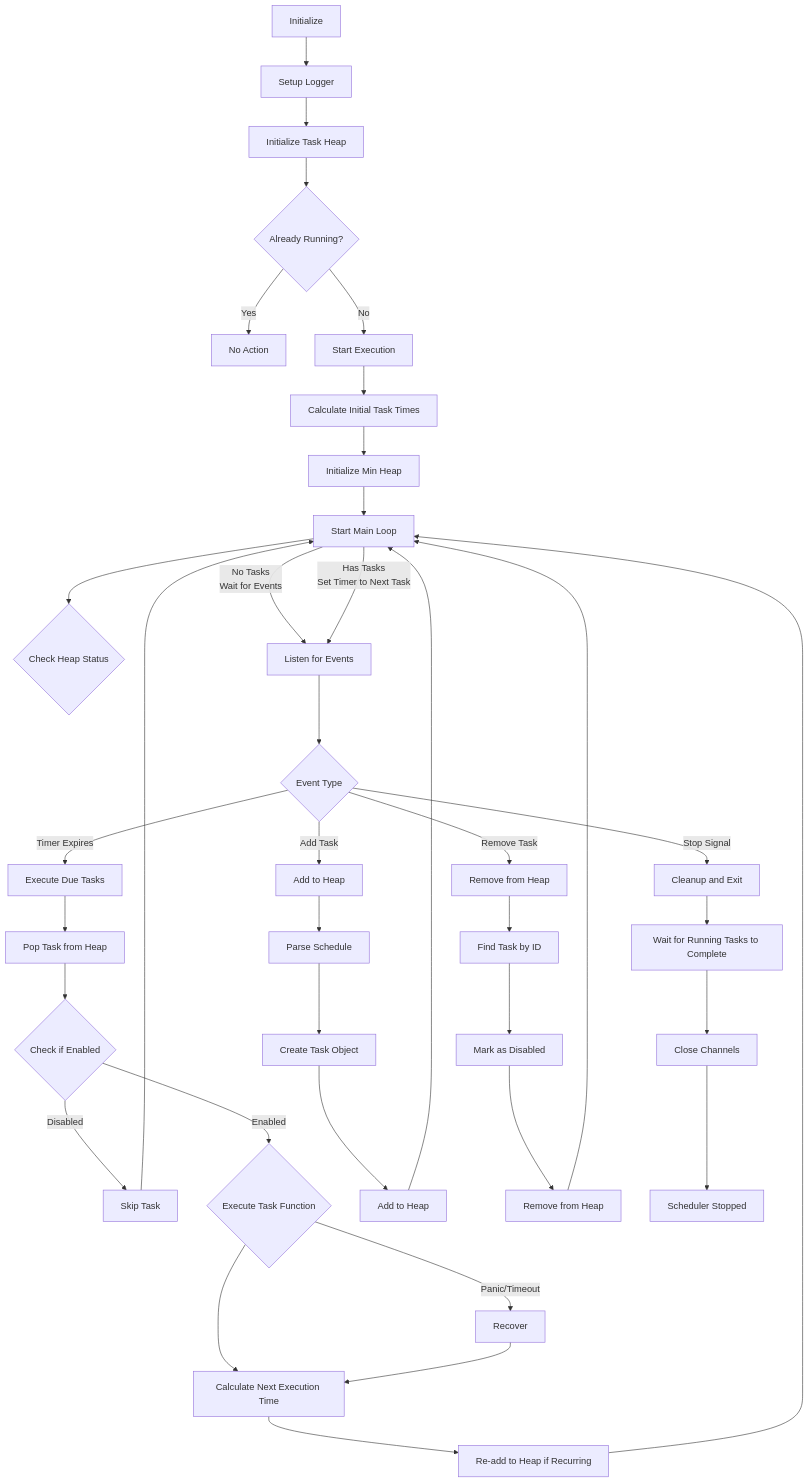
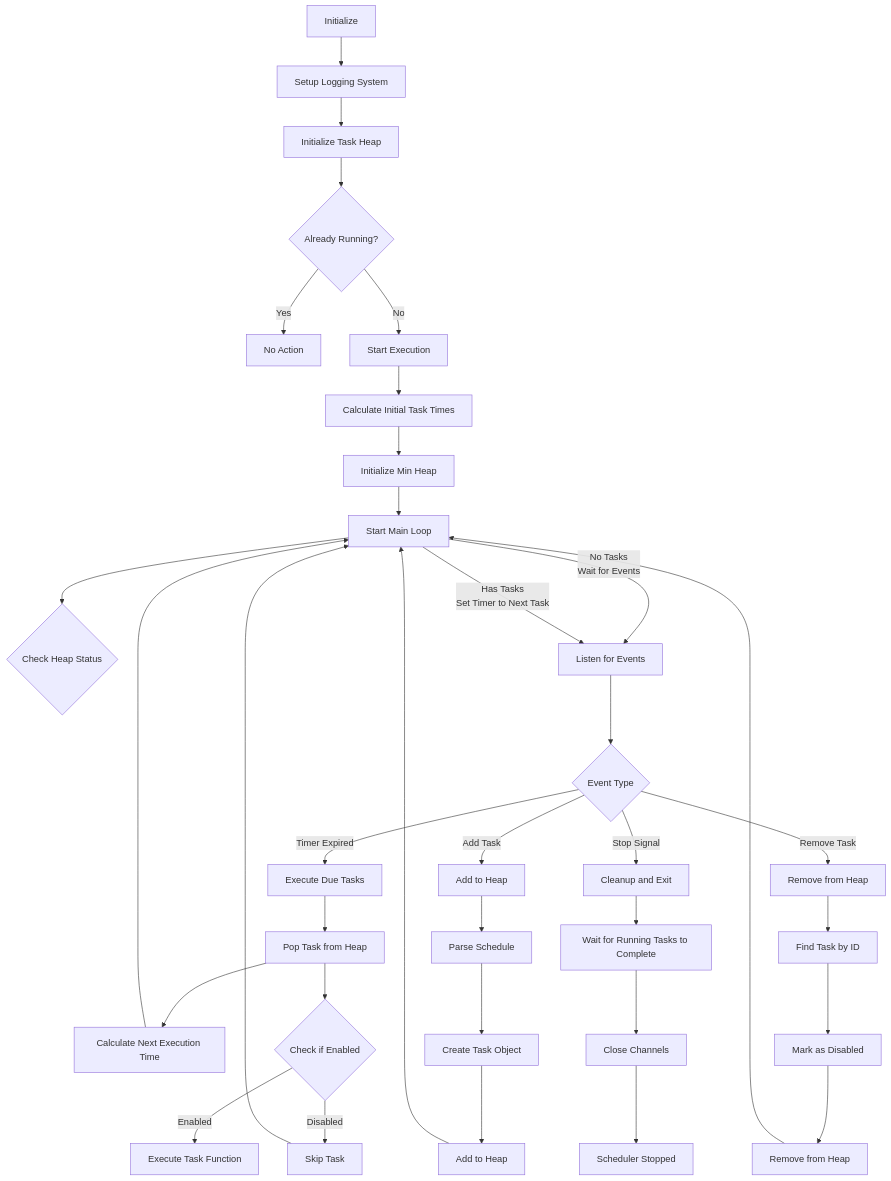
The diagram in README.md (bhardwajRahul/go-cron), drawn with Mermaid before and after one commit. The commit also changed 1 other file, not shown here.

Commit message:
fix: 更新流程圖

````diff
--- a/README.md
+++ b/README.md
@@ -29,48 +29,45 @@
 ```mermaid
 flowchart TD
-  A[Initialize] --> B[Setup Logger]
+  A[Initialize] --> B[Setup Logging System]
   B --> C[Initialize Task Heap]
   C --> D{Already Running?}
   D -->|Yes| D1[No Action]
   D -->|No| D2[Start Execution]
   
   D2 --> E[Calculate Initial Task Times]
   E --> F[Initialize Min Heap]
   F --> G[Start Main Loop]
   
   G --> H{Check Heap Status}
   G -->|No Tasks<br>Wait for Events| Q[Listen for Events]
   G -->|Has Tasks<br>Set Timer to Next Task| Q
   
   Q --> R{Event Type}
-  R -->|Timer Expires| R1[Execute Due Tasks]
+  R -->|Timer Expired| R1[Execute Due Tasks]
   R -->|Add Task| R2[Add to Heap]
   R -->|Remove Task| R3[Remove from Heap]
   R -->|Stop Signal| R4[Cleanup and Exit]
   
   R1 --> S[Pop Task from Heap]
+  S --> R5[Calculate Next Execution Time]
+  R5 --> G
   S --> T{Check if Enabled}
   T -->|Disabled| T0[Skip Task]
   T0 --> G
-  T -->|Enabled| T1{Execute Task Function}
-  T1 --> T11[Calculate Next Execution Time]
-  T1 -->|Panic/Timeout| T10[Recover]
-  T10 --> T11[Calculate Next Execution Time]
-  T11 --> U[Re-add to Heap if Recurring]
+  T -->|Enabled| T1[Execute Task Function]
   
   R2 --> V[Parse Schedule]
   V --> W[Create Task Object]
   W --> X[Add to Heap]
   
   R3 --> Y[Find Task by ID]
   Y --> Z[Mark as Disabled]
   Z --> AA[Remove from Heap]
   
-  U --> G
   X --> G
   AA --> G
   
   R4 --> BB[Wait for Running Tasks to Complete]
   BB --> CC[Close Channels]
   CC --> DD[Scheduler Stopped]
 ```
````
